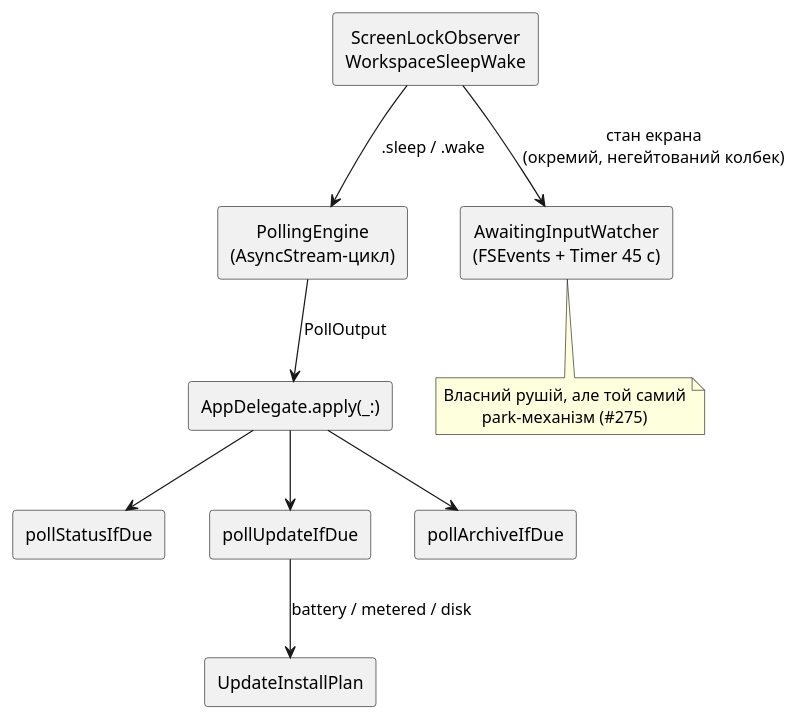
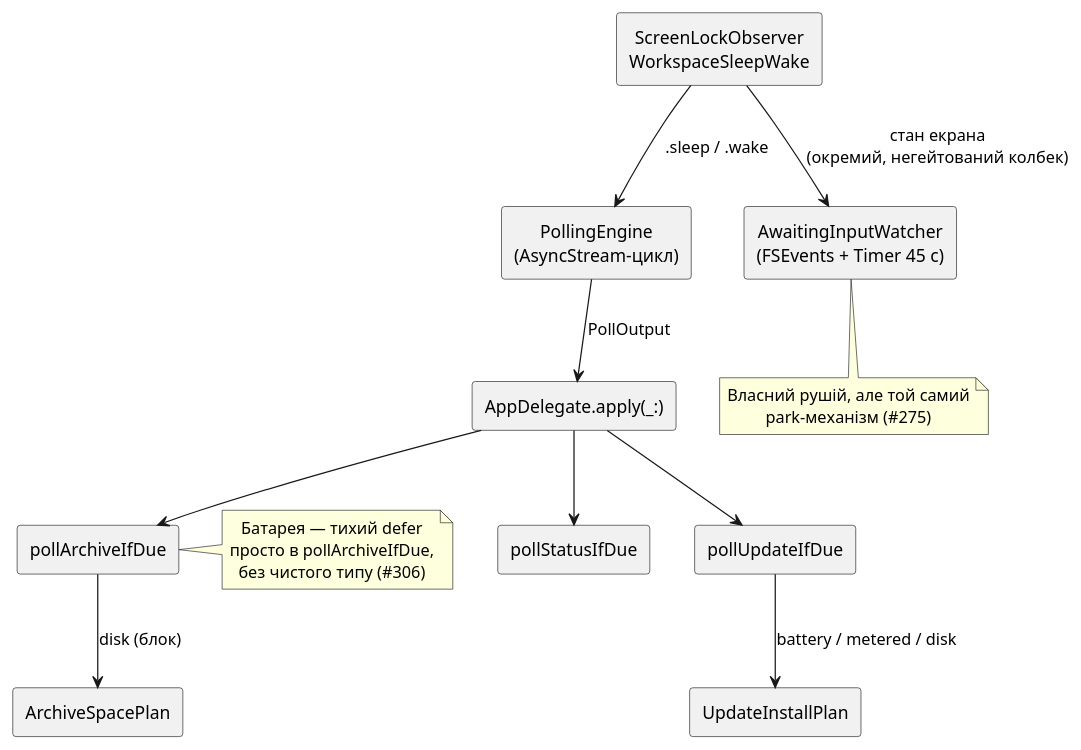
One commit to artem-from-ua/tokenpace changed the diagram in docs/reference/performance.md. Above: the diagram before and after it, drawn with PlantUML. The commit also changed other lines of this file and 7 other files, not shown here.

````diff
--- a/docs/reference/performance.md
+++ b/docs/reference/performance.md
@@ -40,30 +41,38 @@
 ```plantuml
 @startuml
 skinparam componentStyle rectangle
 skinparam defaultTextAlignment center
 
 component "PollingEngine\n(AsyncStream-цикл)" as engine
 component "AppDelegate.apply(_:)" as apply
 component "pollStatusIfDue" as status
 component "pollUpdateIfDue" as update
 component "pollArchiveIfDue" as archive
 component "AwaitingInputWatcher\n(FSEvents + Timer 45 с)" as watcher
 
 component "ScreenLockObserver\nWorkspaceSleepWake" as park
 component "UpdateInstallPlan" as instplan
+component "ArchiveSpacePlan" as spaceplan
 
 park -down-> engine : .sleep / .wake
 engine -down-> apply : PollOutput
 apply -down-> status
 apply -down-> update
 apply -down-> archive
 update -down-> instplan : battery / metered / disk
+archive -down-> spaceplan : disk (блок)
 
 park -down-> watcher : стан екрана\n(окремий, негейтований колбек)
 
 note bottom of watcher
   Власний рушій, але той самий
   park-механізм (#275)
 end note
+
+note right of archive
+  Батарея — тихий defer
+  просто в pollArchiveIfDue,
+  без чистого типу (#306)
+end note
 @enduml
 ```
````
